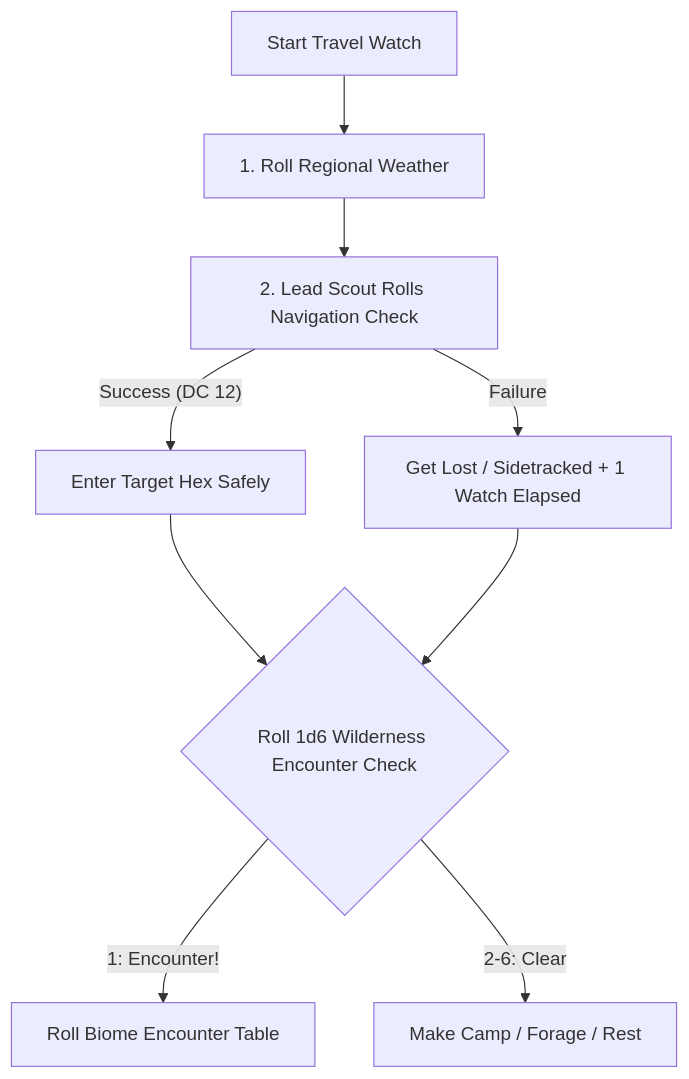
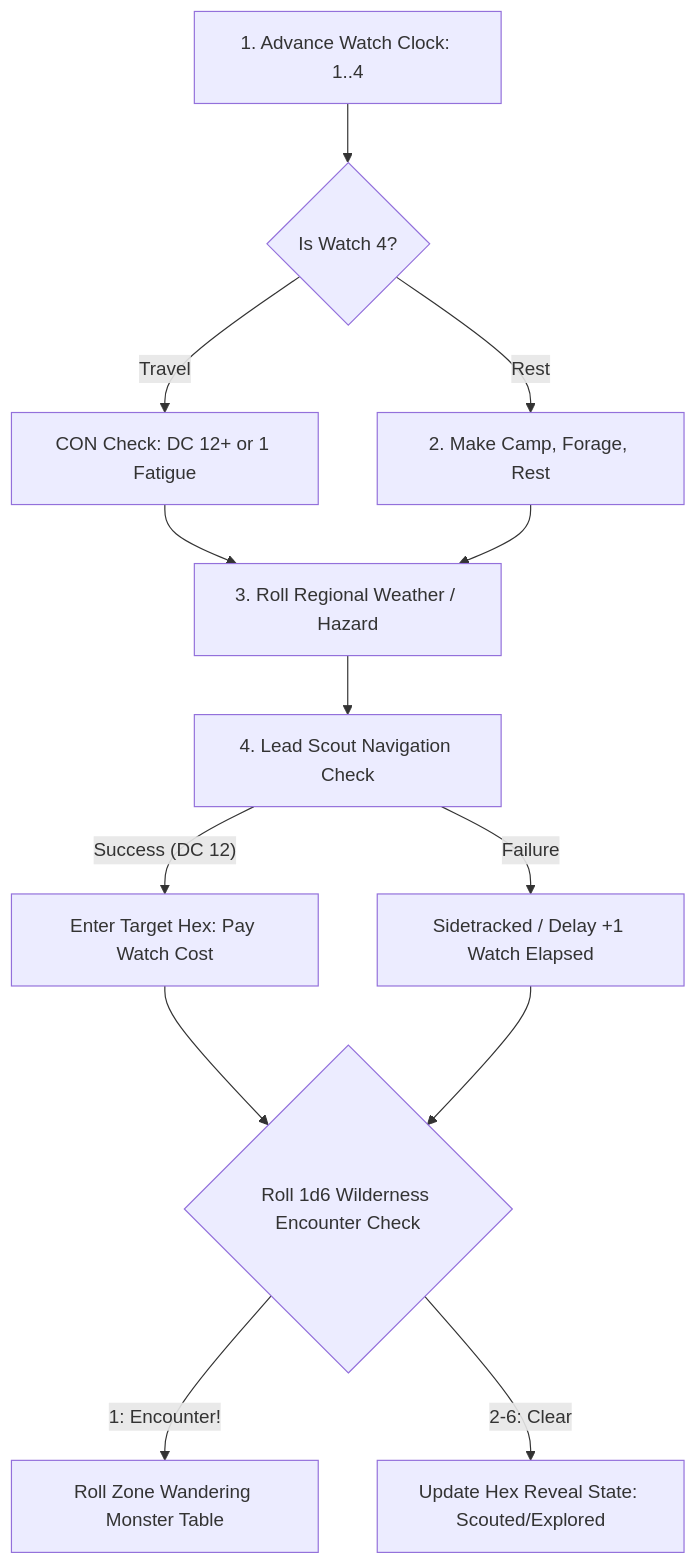
Before and after one commit to kostchei/ash-rpg: the diagram in docs/oracles/03_wilderness_and_hex_engine.md, drawn with Mermaid. The commit also changed other lines of this file and 34 other files, not shown here.

````diff
--- a/docs/oracles/03_wilderness_and_hex_engine.md
+++ b/docs/oracles/03_wilderness_and_hex_engine.md
@@ -11,11 +41,15 @@
 ```mermaid
 flowchart TD
-    StartWatch[Start Travel Watch] --> Weather[1. Roll Regional Weather]
-    Weather --> Nav[2. Lead Scout Rolls Navigation Check]
-    Nav -- Success (DC 12) --> Arrive[Enter Target Hex Safely]
-    Nav -- Failure --> Lost[Get Lost / Sidetracked + 1 Watch Elapsed]
+    StartWatch[1. Advance Watch Clock: 1..4] --> CheckRest{Is Watch 4?}
+    CheckRest -- Rest --> LongRest[2. Make Camp, Forage, Rest]
+    CheckRest -- Travel --> ForcedMarch[CON Check: DC 12+ or 1 Fatigue]
+    ForcedMarch --> Weather[3. Roll Regional Weather / Hazard]
+    LongRest --> Weather
+    Weather --> Nav[4. Lead Scout Navigation Check]
+    Nav -- Success (DC 12) --> Arrive[Enter Target Hex: Pay Watch Cost]
+    Nav -- Failure --> Lost[Sidetracked / Delay +1 Watch Elapsed]
     Arrive --> Encounter{Roll 1d6 Wilderness Encounter Check}
     Lost --> Encounter
-    Encounter -- 1: Encounter! --> RollWildTable[Roll Biome Encounter Table]
-    Encounter -- 2-6: Clear --> RestWatch[Make Camp / Forage / Rest]
+    Encounter -- 1: Encounter! --> RollWildTable[Roll Zone Wandering Monster Table]
+    Encounter -- 2-6: Clear --> RevealFog[Update Hex Reveal State: Scouted/Explored]
 ```
````
